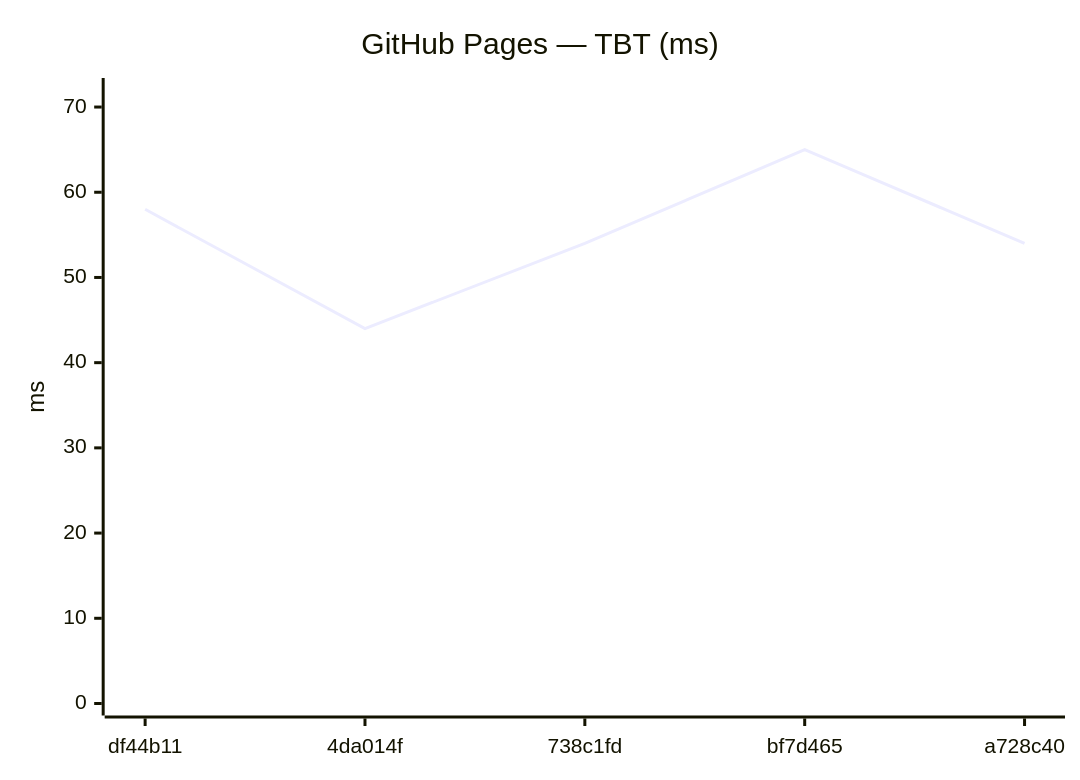
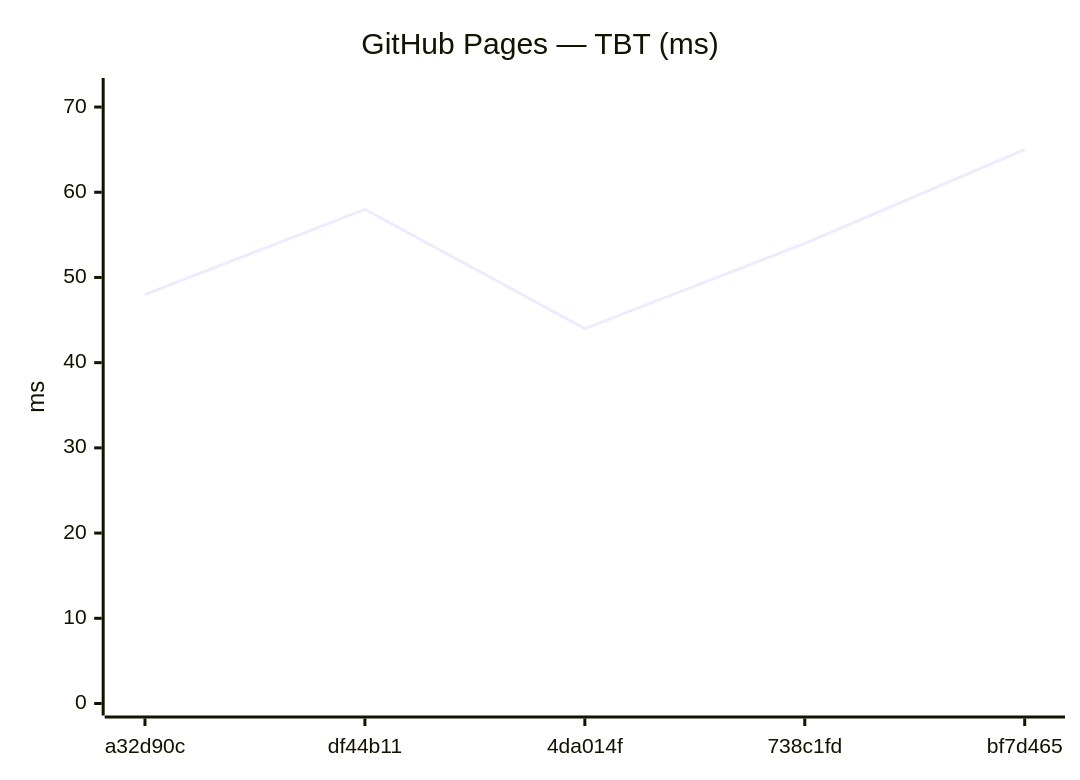
One commit to Metaheurist/Rianell changed diagram 12 of 24 in benchmarks/compare.md. Above: the diagram before and after it, drawn with Mermaid. The commit also changed other lines of this file and 12 other files, not shown here.

````diff
--- a/benchmarks/compare.md
+++ b/benchmarks/compare.md
@@ -176,7 +176,7 @@
 ```mermaid
 xychart-beta
     title "GitHub Pages — TBT (ms)"
-    x-axis ["df44b11", "4da014f", "738c1fd", "bf7d465", "a728c40"]
+    x-axis ["a32d90c", "df44b11", "4da014f", "738c1fd", "bf7d465"]
     y-axis "ms" 0 --> 72
-    line [58, 44, 54, 65, 54]
+    line [48, 58, 44, 54, 65]
 ```
````
